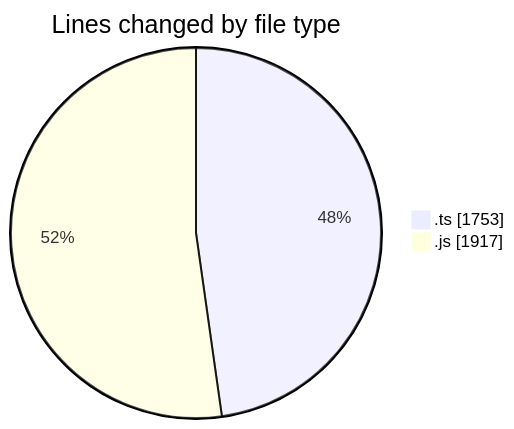
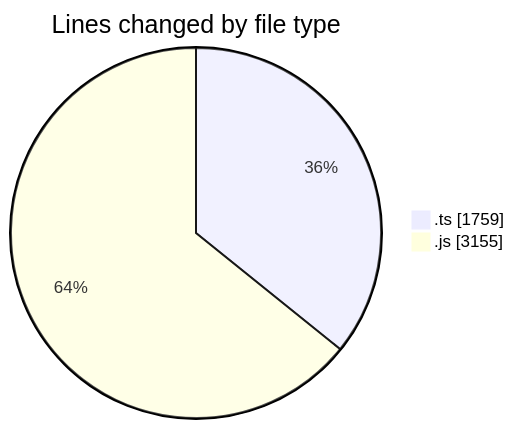
The first of 2 diagrams in 2025-07-29/cda/README.md (momahboobian/code-tracking), drawn with Mermaid before and after one commit. The commit also changed other lines of this file and 1 other file, not shown here.

````diff
--- a/2025-07-29/cda/README.md
+++ b/2025-07-29/cda/README.md
@@ -24,6 +24,6 @@
 ```mermaid
 pie showData
 title Lines changed by file type
-".ts" : 1753
-".js" : 1917
+".ts" : 1759
+".js" : 3155
 ```
````
